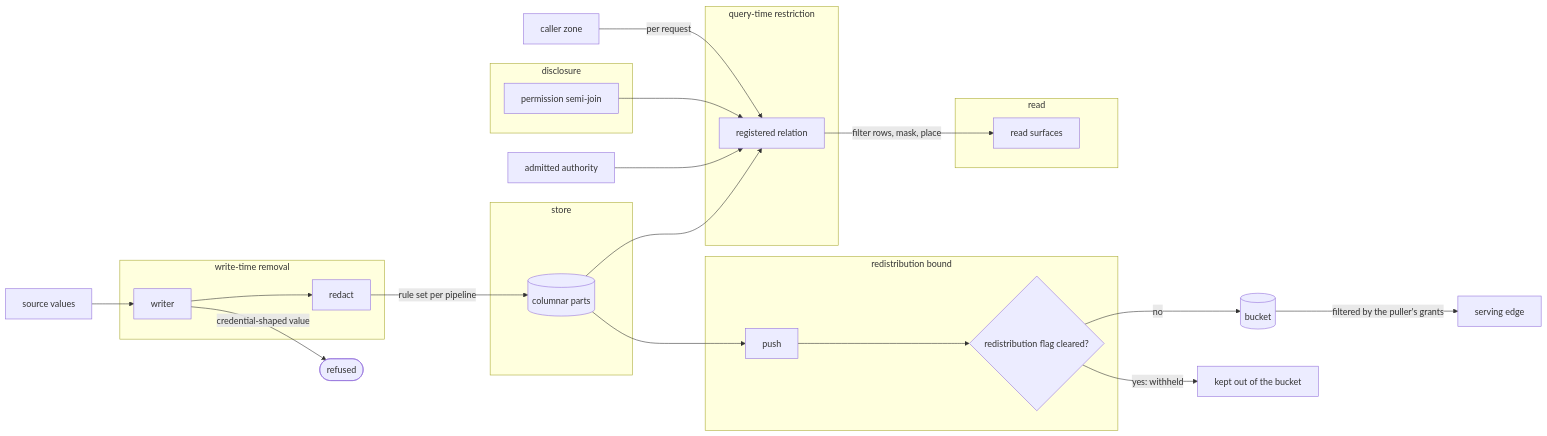
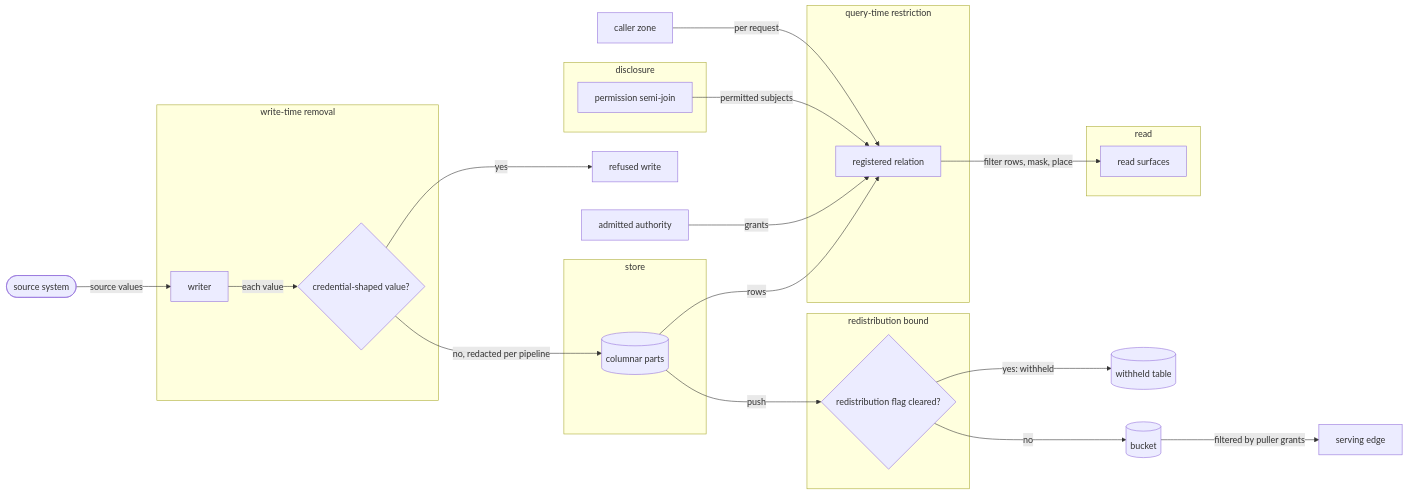
Before and after one commit to fractalboxdev/contextful: the first of 4 diagrams in spec/51-enforcement.md, drawn with Mermaid. The commit also changed other lines of this file and 31 other files, not shown here.

First line of the commit message:
spec: every diagram draws things as nodes and what flows as labelled edges

````diff
--- a/spec/51-enforcement.md
+++ b/spec/51-enforcement.md
@@ -23,38 +23,42 @@
 ```mermaid
 flowchart LR
-  SRC["source values"]
+  SRC(["source system"])
   AA["admitted authority"]
   ZONE["caller zone"]
   subgraph L1["write-time removal"]
-    W["writer"] --> RED["redact"]
+    W["writer"]
+    GUARD{"credential-shaped value?"}
+  end
+  subgraph STORE["store"]
+    PARTS[("columnar parts")]
   end
   subgraph L2["redistribution bound"]
-    PUSH["push"] --> WH{"redistribution flag cleared?"}
+    WH{"redistribution flag cleared?"}
   end
   subgraph L3["query-time restriction"]
     REL["registered relation"]
-  end
-  subgraph STORE["store"]
-    PARTS[("columnar parts")]
   end
   subgraph DISC["disclosure"]
     SJ["permission semi-join"]
   end
   subgraph READ["read"]
     RS["read surfaces"]
   end
   BKT[("bucket")]
   EDGE["serving edge"]
-  SRC --> W
-  W -- "credential-shaped value" --> RES(["refused"])
-  RED -- "rule set per pipeline" --> PARTS
-  PARTS --> PUSH
-  WH -- "yes: withheld" --> OUT["kept out of the bucket"]
-  WH -- no --> BKT
-  BKT -- "filtered by the puller's grants" --> EDGE
-  PARTS --> REL
-  AA --> REL
-  SJ --> REL
+  REFUSED["refused write"]
+  KEPT[("withheld table")]
+  SRC -- "source values" --> W
+  W -- "each value" --> GUARD
+  GUARD -- "yes" --> REFUSED
+  GUARD -- "no, redacted per pipeline" --> PARTS
+  PARTS -- "push" --> WH
+  WH -- "yes: withheld" --> KEPT
+  WH -- "no" --> BKT
+  BKT -- "filtered by puller grants" --> EDGE
+  PARTS -- "rows" --> REL
+  AA -- "grants" --> REL
+  SJ -- "permitted subjects" --> REL
   ZONE -- "per request" --> REL
   REL -- "filter rows, mask, place" --> RS
 ```
````
